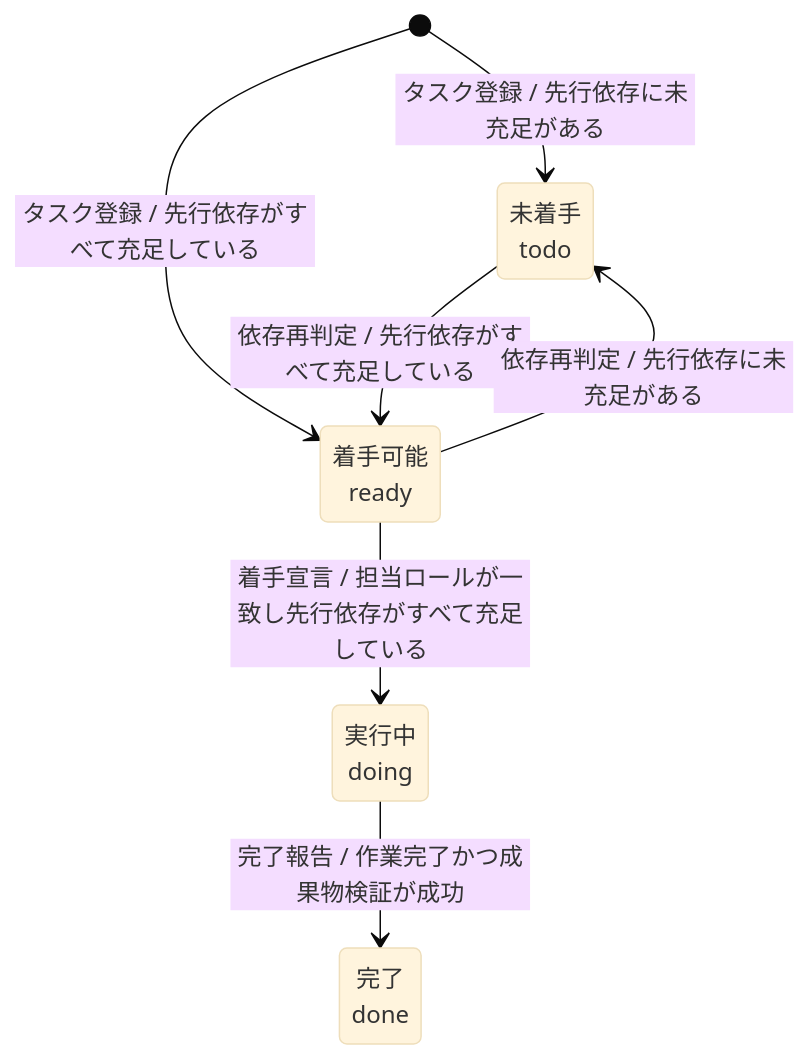
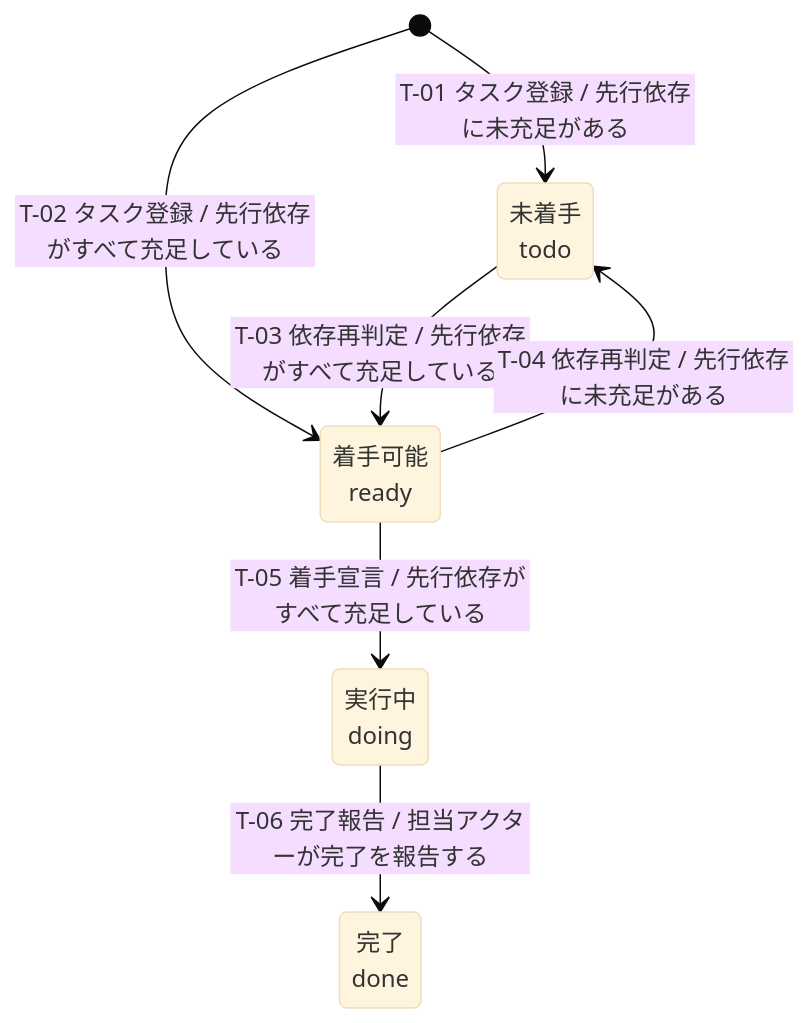
Before and after one commit to specdojo/specdojo: the first of 2 diagrams in docs/ja/product/010-business-specs/020-data-model/stsd-task-execution.md, drawn with Mermaid (base theme). The commit also changed other lines of this file and 5 other files, not shown here.

````diff
--- a/docs/ja/product/010-business-specs/020-data-model/stsd-task-execution.md
+++ b/docs/ja/product/010-business-specs/020-data-model/stsd-task-execution.md
@@ -52,13 +61,13 @@
 ```mermaid
 stateDiagram-v2
   state "未着手<br>todo" as todo
   state "着手可能<br>ready" as ready
   state "実行中<br>doing" as doing
   state "完了<br>done" as done
-  [*] --> todo : タスク登録 / 先行依存に未充足がある
-  [*] --> ready : タスク登録 / 先行依存がすべて充足している
-  todo --> ready : 依存再判定 / 先行依存がすべて充足している
-  ready --> todo : 依存再判定 / 先行依存に未充足がある
-  ready --> doing : 着手宣言 / 担当ロールが一致し先行依存がすべて充足している
-  doing --> done : 完了報告 / 作業完了かつ成果物検証が成功
+  [*] --> todo : T-01 タスク登録 / 先行依存に未充足がある
+  [*] --> ready : T-02 タスク登録 / 先行依存がすべて充足している
+  todo --> ready : T-03 依存再判定 / 先行依存がすべて充足している
+  ready --> todo : T-04 依存再判定 / 先行依存に未充足がある
+  ready --> doing : T-05 着手宣言 / 先行依存がすべて充足している
+  doing --> done : T-06 完了報告 / 担当アクターが完了を報告する
 ```
````
